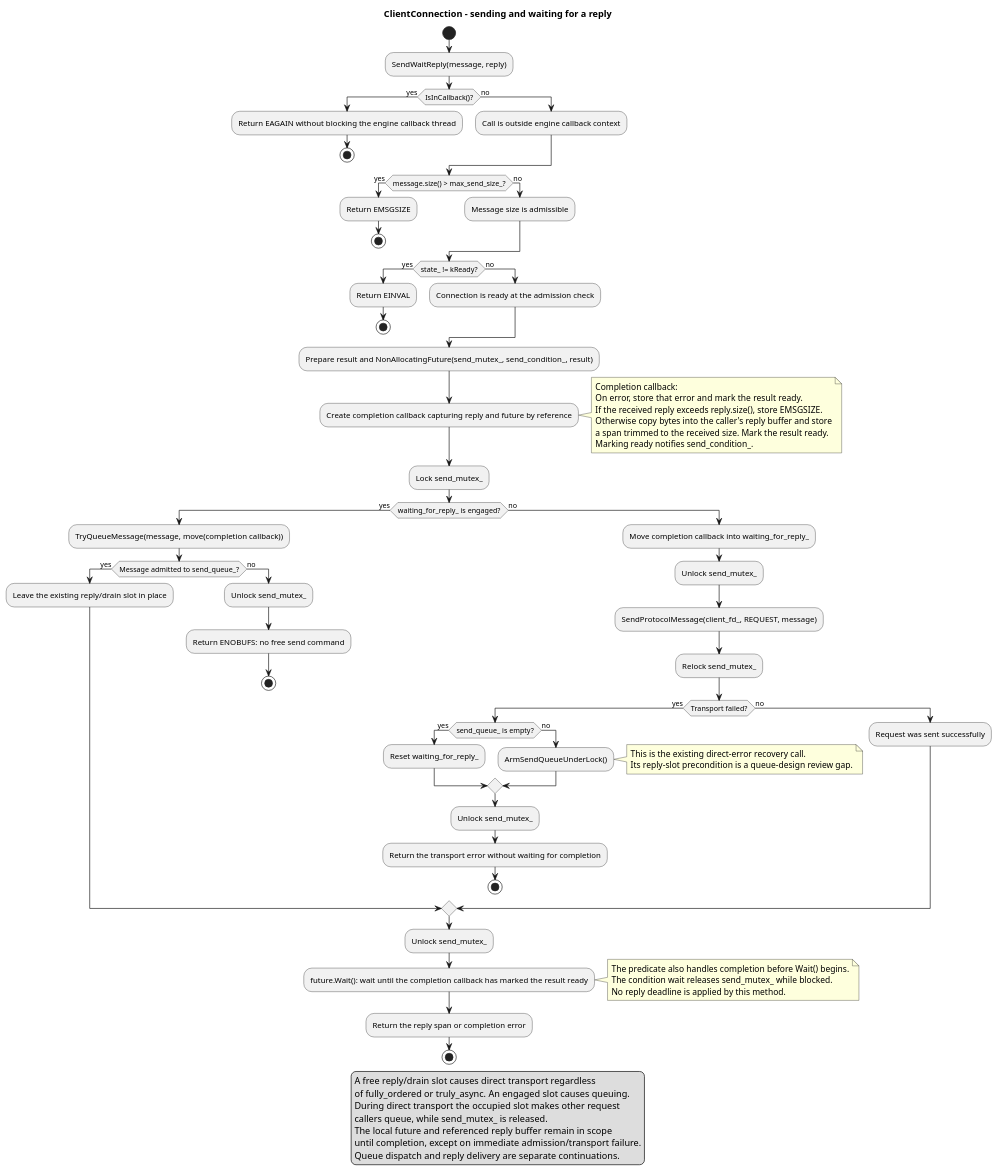
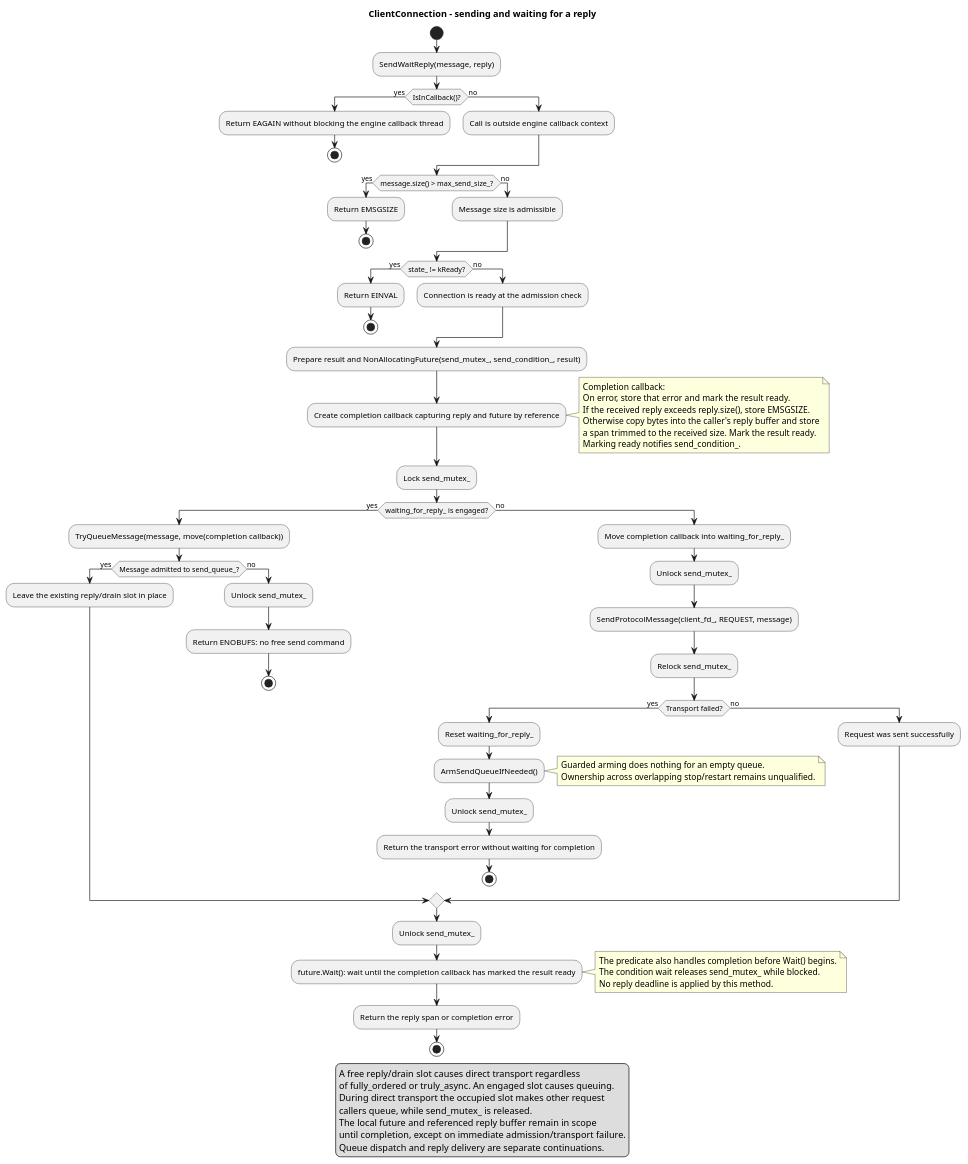
The diagram in score/message_passing/dependability/software_unit_design/client_connection_send_wait_reply_activity.puml (eclipse-score/communication), drawn with PlantUML before and after one commit. The commit also changed 18 other files, not shown here.

```diff
--- a/score/message_passing/dependability/software_unit_design/client_connection_send_wait_reply_activity.puml
+++ b/score/message_passing/dependability/software_unit_design/client_connection_send_wait_reply_activity.puml
@@ -1,89 +1,86 @@
 @startuml client_connection_send_wait_reply_activity
 title ClientConnection - sending and waiting for a reply
 
 start
 :SendWaitReply(message, reply);
 if (IsInCallback()?) then (yes)
     :Return EAGAIN without blocking the engine callback thread;
     stop
 else (no)
     :Call is outside engine callback context;
 endif
 if (message.size() > max_send_size_?) then (yes)
     :Return EMSGSIZE;
     stop
 else (no)
     :Message size is admissible;
 endif
 if (state_ != kReady?) then (yes)
     :Return EINVAL;
     stop
 else (no)
     :Connection is ready at the admission check;
 endif
 
 :Prepare result and NonAllocatingFuture(send_mutex_, send_condition_, result);
 :Create completion callback capturing reply and future by reference;
 note right
     Completion callback:
     On error, store that error and mark the result ready.
     If the received reply exceeds reply.size(), store EMSGSIZE.
     Otherwise copy bytes into the caller's reply buffer and store
     a span trimmed to the received size. Mark the result ready.
     Marking ready notifies send_condition_.
 end note
 
 :Lock send_mutex_;
 if (waiting_for_reply_ is engaged?) then (yes)
     :TryQueueMessage(message, move(completion callback));
     if (Message admitted to send_queue_?) then (yes)
         :Leave the existing reply/drain slot in place;
     else (no)
         :Unlock send_mutex_;
         :Return ENOBUFS: no free send command;
         stop
     endif
 else (no)
     :Move completion callback into waiting_for_reply_;
     :Unlock send_mutex_;
     :SendProtocolMessage(client_fd_, REQUEST, message);
     :Relock send_mutex_;
     if (Transport failed?) then (yes)
-        if (send_queue_ is empty?) then (yes)
-            :Reset waiting_for_reply_;
-        else (no)
-            :ArmSendQueueUnderLock();
-            note right
-                This is the existing direct-error recovery call.
-                Its reply-slot precondition is a queue-design review gap.
-            end note
-        endif
+        :Reset waiting_for_reply_;
+        :ArmSendQueueIfNeeded();
+        note right
+            Guarded arming does nothing for an empty queue.
+            Ownership across overlapping stop/restart remains unqualified.
+        end note
         :Unlock send_mutex_;
         :Return the transport error without waiting for completion;
         stop
     else (no)
         :Request was sent successfully;
     endif
 endif
 
 :Unlock send_mutex_;
 :future.Wait(): wait until the completion callback has marked the result ready;
 note right
     The predicate also handles completion before Wait() begins.
     The condition wait releases send_mutex_ while blocked.
     No reply deadline is applied by this method.
 end note
 :Return the reply span or completion error;
 stop
 
 legend
     A free reply/drain slot causes direct transport regardless
     of fully_ordered or truly_async. An engaged slot causes queuing.
     During direct transport the occupied slot makes other request
     callers queue, while send_mutex_ is released.
     The local future and referenced reply buffer remain in scope
     until completion, except on immediate admission/transport failure.
     Queue dispatch and reply delivery are separate continuations.
 endlegend
 
 @enduml
```
